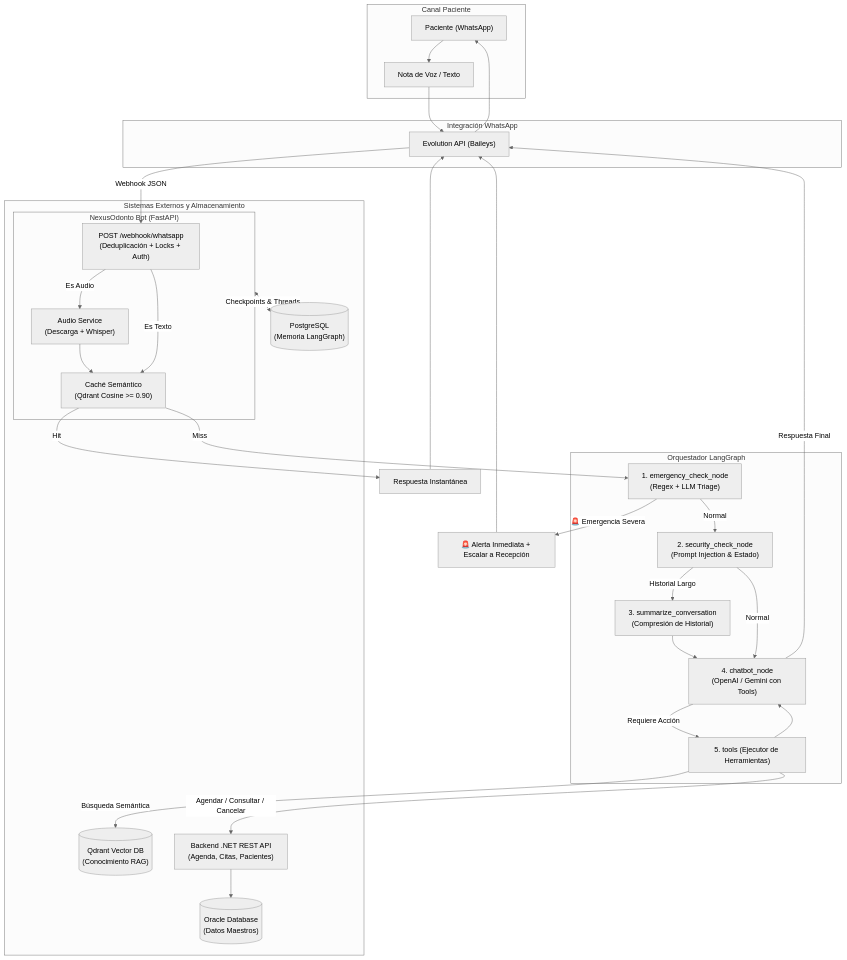
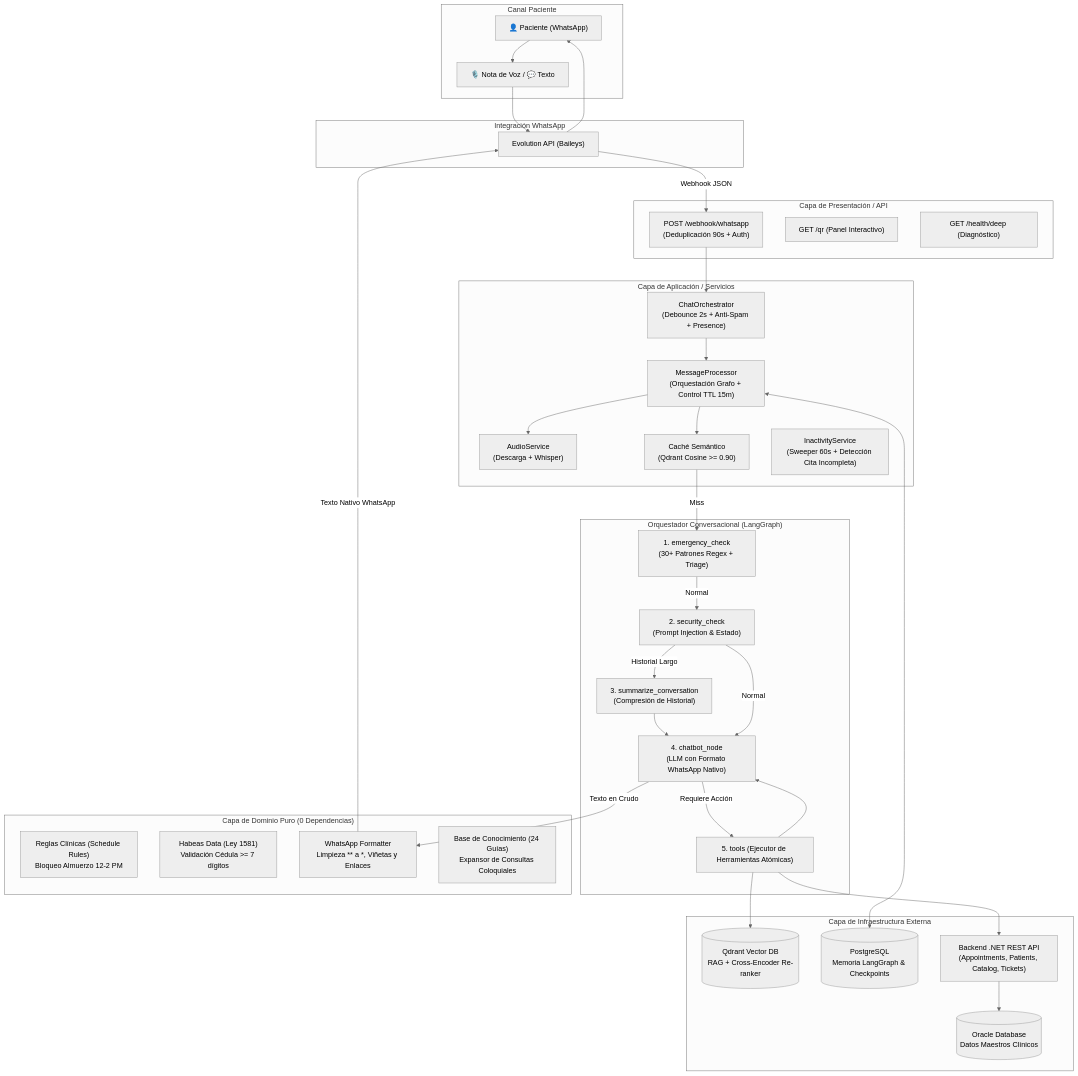
Before and after one commit to NexusOdonto/NexusOdonto_ChatBot_AI: the diagram in README.md, drawn with Mermaid (neutral theme). The commit also changed other lines of this file and 45 other files, not shown here.

````diff
--- a/README.md
+++ b/README.md
@@ -66,56 +72,67 @@
 ```mermaid
 flowchart TD
     subgraph WhatsApp["Canal Paciente"]
-        User[" Paciente (WhatsApp)"]
-        Voice[" Nota de Voz / Texto"]
+        User["👤 Paciente (WhatsApp)"]
+        Voice["🎙️ Nota de Voz / 💬 Texto"]
         User --> Voice
     end
 
     subgraph Gateway["Integración WhatsApp"]
         Evo["Evolution API (Baileys)"]
         Voice --> Evo
     end
 
-    subgraph FastAPI_Server["NexusOdonto Bot (FastAPI)"]
-        Webhook["POST /webhook/whatsapp\n(Deduplicación + Locks + Auth)"]
+    subgraph Presentation["Capa de Presentación / API"]
+        Webhook["POST /webhook/whatsapp\n(Deduplicación 90s + Auth)"]
+        QRRoute["GET /qr (Panel Interactivo)"]
+        HealthRoute["GET /health/deep (Diagnóstico)"]
         Evo -->|Webhook JSON| Webhook
-
-        AudioSvc["Audio Service\n(Descarga + Whisper)"]
-        SemCache["Caché Semántico\n(Qdrant Cosine >= 0.90)"]
-        
-        Webhook -->|Es Audio| AudioSvc --> SemCache
-        Webhook -->|Es Texto| SemCache
     end
 
-    subgraph LangGraph_Flow["Orquestador LangGraph"]
-        CheckEmerg["1. emergency_check_node\n(Regex + LLM Triage)"]
-        CheckSec["2. security_check_node\n(Prompt Injection & Estado)"]
+    subgraph Application["Capa de Aplicación / Servicios"]
+        Orchestrator["ChatOrchestrator\n(Debounce 2s + Anti-Spam + Presence)"]
+        MsgProc["MessageProcessor\n(Orquestación Grafo + Control TTL 15m)"]
+        AudioSvc["AudioService\n(Descarga + Whisper)"]
+        SemCache["Caché Semántico\n(Qdrant Cosine >= 0.90)"]
+        Inactivity["InactivityService\n(Sweeper 60s + Detección Cita Incompleta)"]
+        
+        Webhook --> Orchestrator --> MsgProc
+        MsgProc --> AudioSvc
+        MsgProc --> SemCache
+    end
+
+    subgraph LangGraph_Flow["Orquestador Conversacional (LangGraph)"]
+        CheckEmerg["1. emergency_check\n(30+ Patrones Regex + Triage)"]
+        CheckSec["2. security_check\n(Prompt Injection & Estado)"]
         Compress["3. summarize_conversation\n(Compresión de Historial)"]
-        Chatbot["4. chatbot_node\n(OpenAI / Gemini con Tools)"]
-        ToolsNode["5. tools (Ejecutor de Herramientas)"]
+        Chatbot["4. chatbot_node\n(LLM con Formato WhatsApp Nativo)"]
+        ToolsNode["5. tools (Ejecutor de Herramientas Atómicas)"]
 
         SemCache -->|Miss| CheckEmerg
         CheckEmerg -->|Normal| CheckSec
         CheckSec -->|Historial Largo| Compress --> Chatbot
         CheckSec -->|Normal| Chatbot
         Chatbot -->|Requiere Acción| ToolsNode --> Chatbot
     end
 
-    subgraph External_Services["Sistemas Externos y Almacenamiento"]
-        Qdrant[("Qdrant Vector DB\n(Conocimiento RAG)")]
-        Postgres[("PostgreSQL\n(Memoria LangGraph)")]
-        DotNetAPI["Backend .NET REST API\n(Agenda, Citas, Pacientes)"]
-        OracleDB[("Oracle Database\n(Datos Maestros)")]
-
-        ToolsNode -->|Búsqueda Semántica| Qdrant
-        ToolsNode -->|Agendar / Consultar / Cancelar| DotNetAPI
-        DotNetAPI --> OracleDB
-        FastAPI_Server <-->|Checkpoints & Threads| Postgres
+    subgraph Domain["Capa de Dominio Puro (0 Dependencias)"]
+        Rules["Reglas Clínicas (Schedule Rules)\nBloqueo Almuerzo 12-2 PM"]
+        Habeas["Habeas Data (Ley 1581)\nValidación Cédula >= 7 dígitos"]
+        Formatter["WhatsApp Formatter\nLimpieza ** a *, Viñetas y Enlaces"]
+        KB["Base de Conocimiento (24 Guías)\nExpansor de Consultas Coloquiales"]
     end
 
-    CheckEmerg -->|🚨 Emergencia Severa| UrgenciasMsg["🚨 Alerta Inmediata + Escalar a Recepción"]
-    SemCache -->|Hit| DirectResponse["Respuesta Instantánea"]
-    Chatbot -->|Respuesta Final| Evo --> User
-    UrgenciasMsg --> Evo
-    DirectResponse --> Evo
+    subgraph Infrastructure["Capa de Infraestructura Externa"]
+        Qdrant[("Qdrant Vector DB\nRAG + Cross-Encoder Re-ranker")]
+        Postgres[("PostgreSQL\nMemoria LangGraph & Checkpoints")]
+        DotNetAPI["Backend .NET REST API\n(Appointments, Patients, Catalog, Tickets)"]
+        OracleDB[("Oracle Database\nDatos Maestros Clínicos")]
+
+        ToolsNode --> DotNetAPI --> OracleDB
+        ToolsNode --> Qdrant
+        MsgProc <--> Postgres
+    end
+
+    Chatbot -->|Texto en Crudo| Formatter
+    Formatter -->|Texto Nativo WhatsApp| Evo --> User
 ```
````
